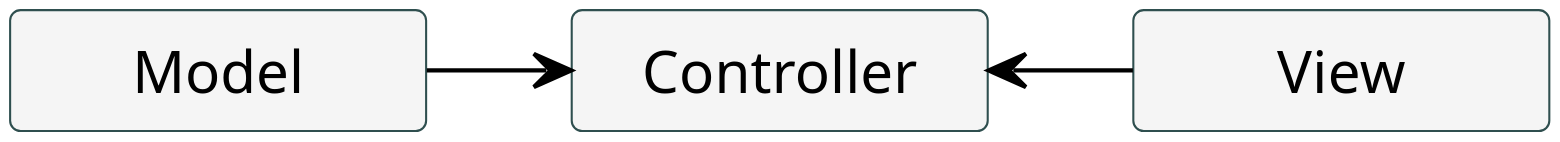
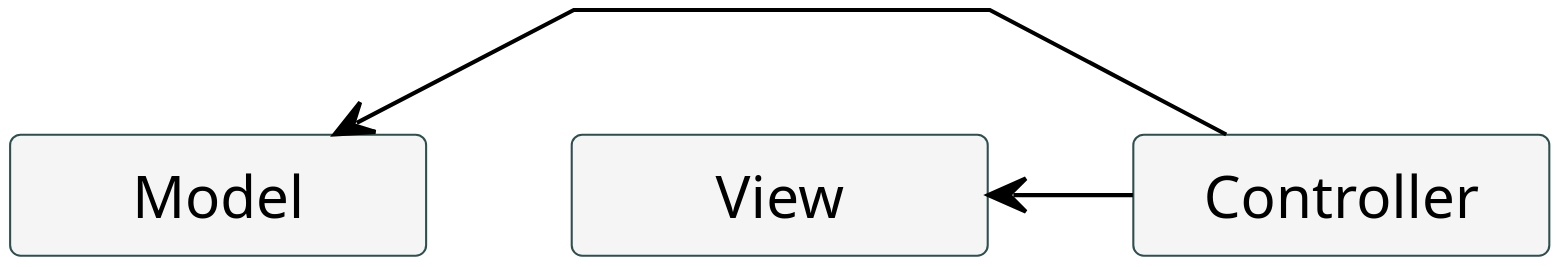
The diagram in UML/logicalArchitecture.puml (up201806330/Retrospective-Wall), drawn with PlantUML before and after one commit. The commit also changed 1 other file, not shown here.

Commit message:
Physical architecture corrected

```diff
--- a/UML/logicalArchitecture.puml
+++ b/UML/logicalArchitecture.puml
@@ -1,17 +1,17 @@
 @startuml logicalArchitecture
 scale 200
 skinparam linetype polyline
 skinparam minClassWidth 100
 skinparam classBackgroundColor WhiteSmoke
 skinparam classBorderColor DarkSlateGrey
 skinparam ArrowColor Black
 hide members
 hide circles
 
 class Controller
 class Model
 class View
 
-Model -> Controller
-View -left-> Controller
+Model <- Controller
+View <-right- Controller
 @enduml
```
